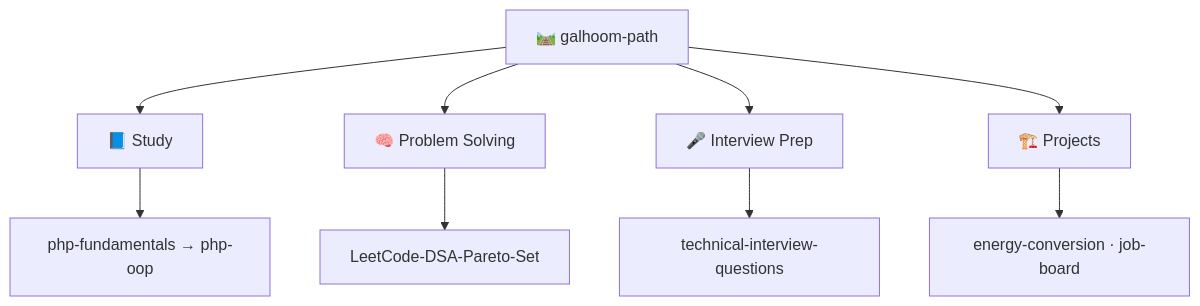
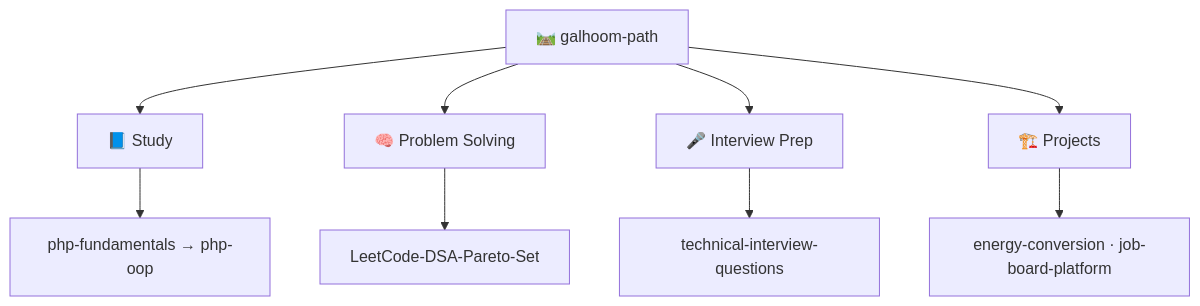
Before and after one commit to Galhoom22/Galhoom22: the diagram in README.md, drawn with Mermaid. The commit also changed other lines of this file, not shown here.

Commit message:
Link Featured work energy-conversion to galhoom-path.

````diff
--- a/README.md
+++ b/README.md
@@ -33,12 +33,12 @@
 ```mermaid
 flowchart TB
   ORG["🛤️ galhoom-path"]
   ORG --> S["📘 Study"]
   ORG --> P["🧠 Problem Solving"]
   ORG --> I["🎤 Interview Prep"]
   ORG --> R["🏗️ Projects"]
   S --> S1["php-fundamentals → php-oop"]
   P --> P1["LeetCode-DSA-Pareto-Set"]
   I --> I1["technical-interview-questions"]
-  R --> R1["energy-conversion · job-board"]
+  R --> R1["energy-conversion · job-board-platform"]
 ```
````
